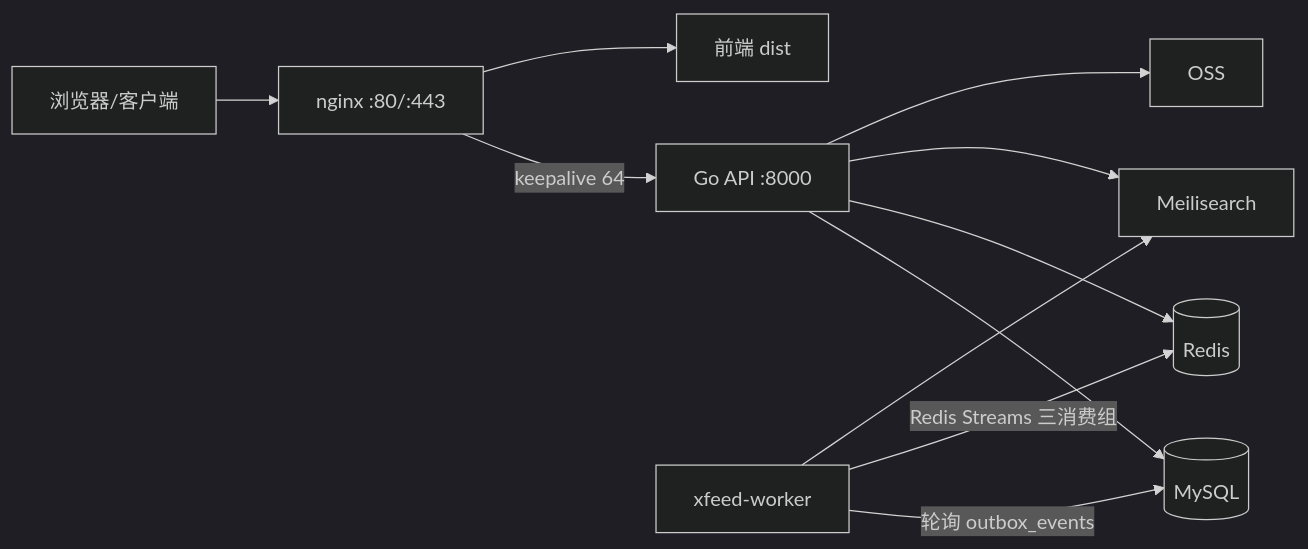
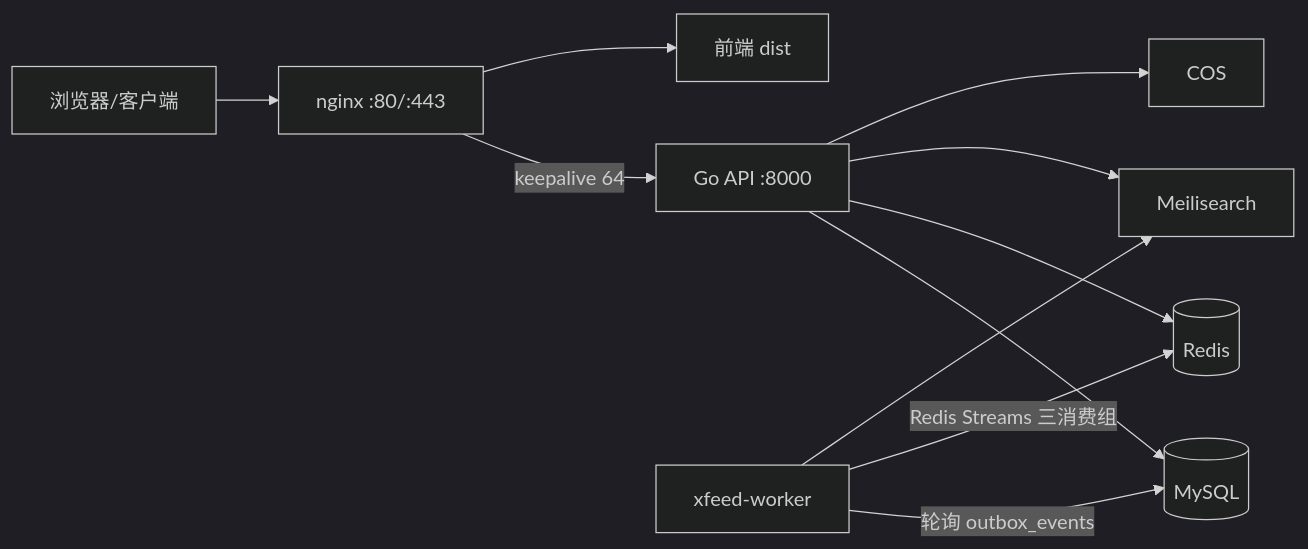
One commit to Muelsyse030/XFeedSystem changed the diagram in README.md. Above: the diagram before and after it, drawn with Mermaid (dark theme). The commit also changed other lines of this file and 14 other files, not shown here.

````diff
--- a/README.md
+++ b/README.md
@@ -18,13 +18,13 @@
 ```mermaid
 graph LR
     U[浏览器/客户端] --> N[nginx :80/:443]
     N -->|keepalive 64| A[Go API :8000]
     A --> M[(MySQL)]
     A --> R[(Redis)]
     A --> S[Meilisearch]
-    A --> O[OSS]
+    A --> O[COS]
     N --> D[前端 dist]
     W[xfeed-worker] -->|轮询 outbox_events| M
     W -->|Redis Streams 三消费组| R
     W --> S
 ```
````
